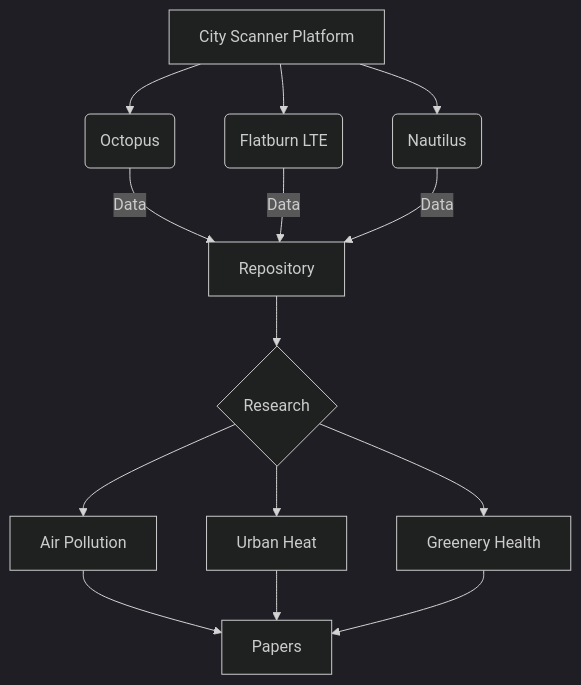
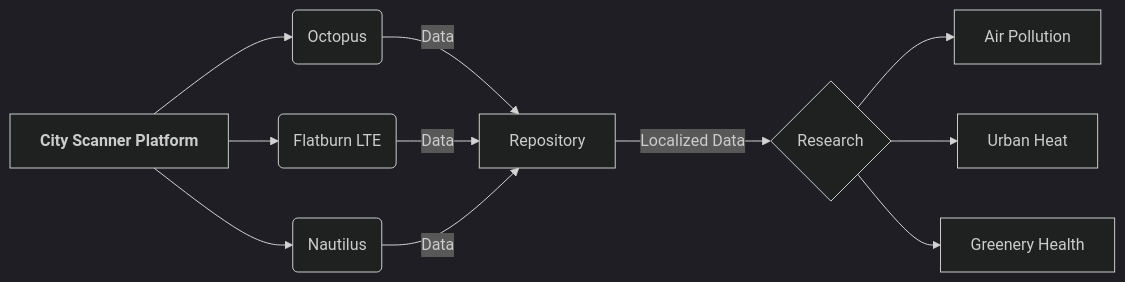
One commit to MIT-Senseable-City-Lab/flatburn-lte changed the diagram in documentation/content/explore/platform.md. Above: the diagram before and after it, drawn with Mermaid (dark theme). The commit also changed other lines of this file and 3 other files, not shown here.

Commit message:
docs: diagrams for device , evolution and platform

````diff
--- a/documentation/content/explore/platform.md
+++ b/documentation/content/explore/platform.md
@@ -9,20 +10,17 @@
-```mermaid
-graph TD;
+ ```mermaid
+graph LR;
     A[City Scanner Platform] -->B(Octopus)
     A[City Scanner Platform] -->C(Flatburn LTE)
-    A[City Scanner Platform] -->D(Nautilus)
+    A[<b>City Scanner Platform</b>] -->D(Nautilus)
 
     B --> |Data| E[Repository]
     C --> |Data| E[Repository]
     D --> |Data| E[Repository]
 
-    E --> F{Research}
+    E --> |Localized Data| F{Research}
 
     F --> G[Air Pollution]
     F --> H[Urban Heat]
     F --> I[Greenery Health]
 
-    G --> P[Papers]
-    H --> P[Papers]
-    I --> P[Papers]
 ```
````
